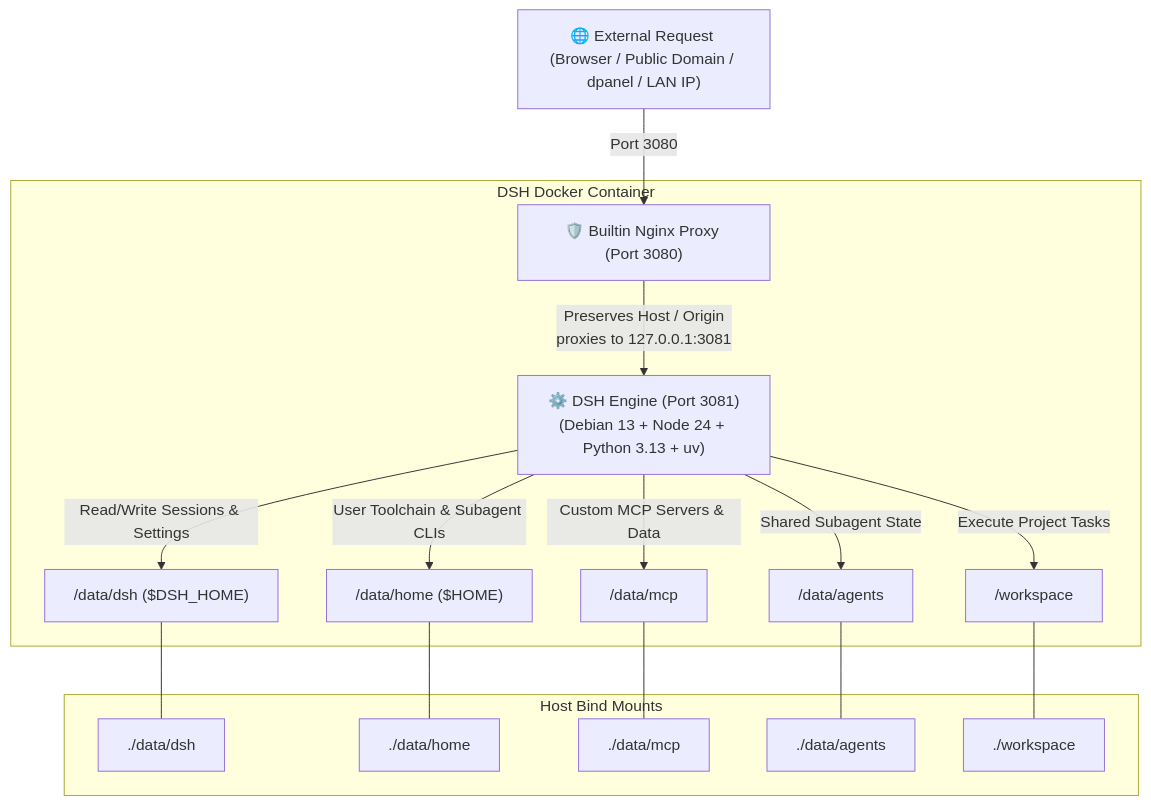
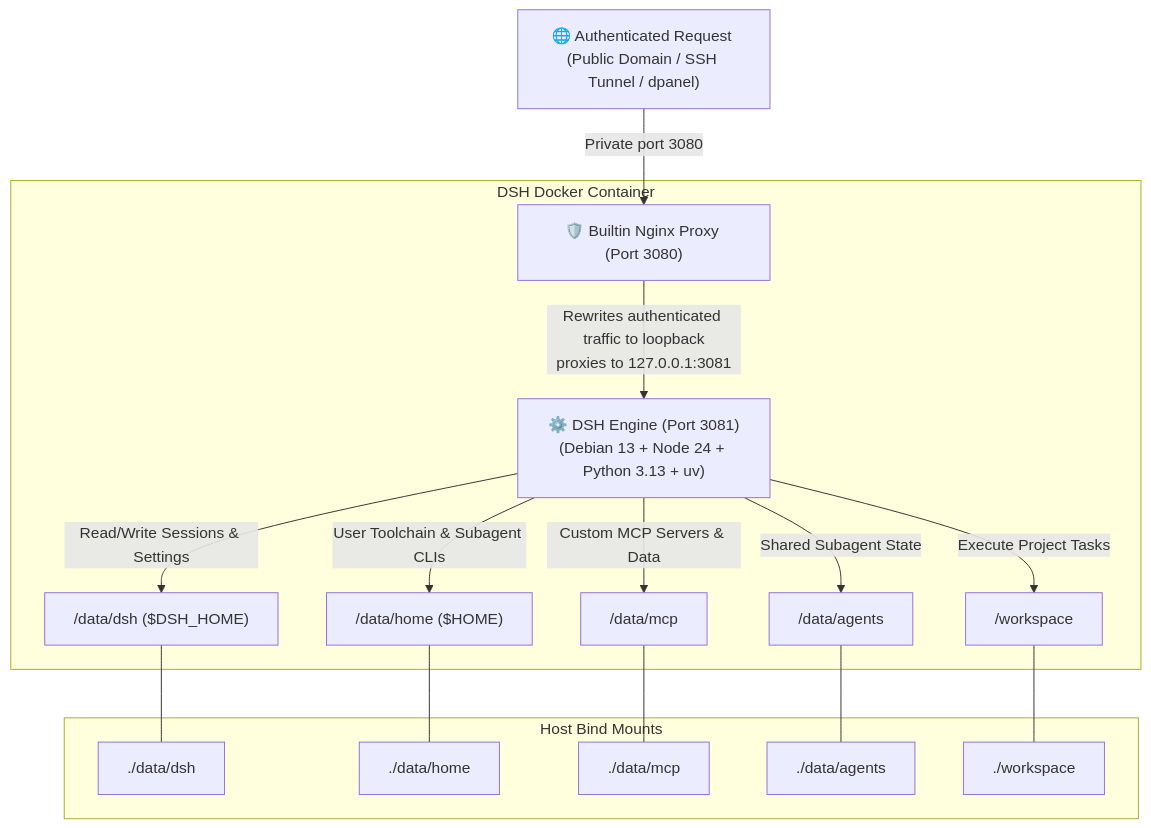
Before and after one commit to univers629/dsh-docker: the diagram in README.en.md, drawn with Mermaid. The commit also changed other lines of this file and 6 other files, not shown here.

Commit message:
feat: provide authenticated public-local web mode

````diff
--- a/README.en.md
+++ b/README.en.md
@@ -71,22 +71,22 @@
 ```mermaid
 graph TD
-    User["🌐 External Request (Browser / Public Domain / dpanel / LAN IP)"] -->|Port 3080| NGINX["🛡️ Builtin Nginx Proxy (Port 3080)"]
+    User["🌐 Authenticated Request (Public Domain / SSH Tunnel / dpanel)"] -->|Private port 3080| NGINX["🛡️ Builtin Nginx Proxy (Port 3080)"]
     
     subgraph DSH Docker Container
-        NGINX -->|Preserves Host / Origin<br>proxies to 127.0.0.1:3081| BACKEND["⚙️ DSH Engine (Port 3081)<br>(Debian 13 + Node 24 + Python 3.13 + uv)"]
+        NGINX -->|Rewrites authenticated traffic to loopback<br>proxies to 127.0.0.1:3081| BACKEND["⚙️ DSH Engine (Port 3081)<br>(Debian 13 + Node 24 + Python 3.13 + uv)"]
         
         BACKEND -->|Read/Write Sessions & Settings| V1["/data/dsh ($DSH_HOME)"]
         BACKEND -->|User Toolchain & Subagent CLIs| V2["/data/home ($HOME)"]
         BACKEND -->|Custom MCP Servers & Data| V3["/data/mcp"]
         BACKEND -->|Shared Subagent State| V4["/data/agents"]
         BACKEND -->|Execute Project Tasks| V5["/workspace"]
     end
     
     subgraph Host Bind Mounts
         V1 --- H1["./data/dsh"]
         V2 --- H2["./data/home"]
         V3 --- H3["./data/mcp"]
         V4 --- H4["./data/agents"]
         V5 --- H5["./workspace"]
     end
 ```
````
